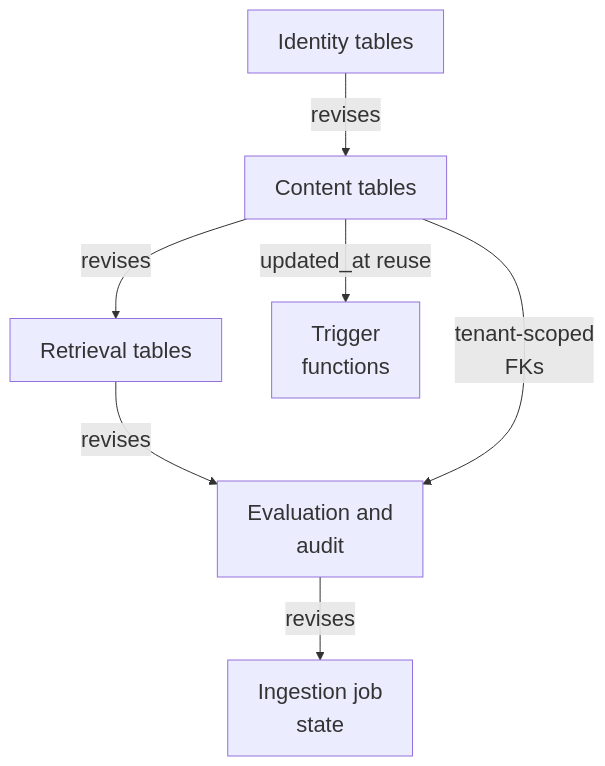
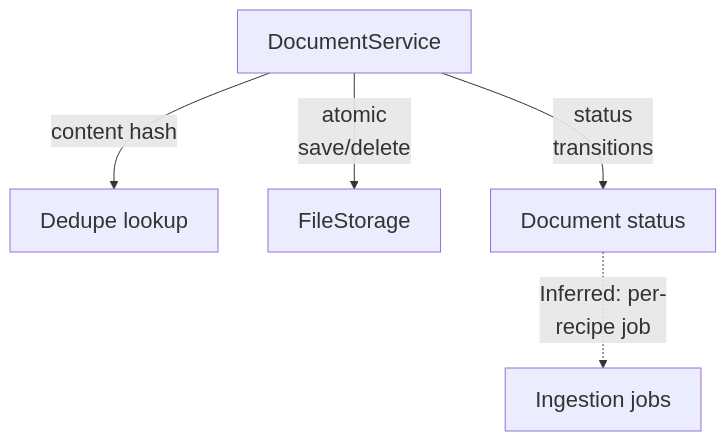
The diagram in maps/foundation/diagram-04.mmd (Justin-Mendoza/Afterclass), drawn with Mermaid before and after one commit. The commit also changed 88 other files, not shown here.

```diff
--- a/maps/foundation/diagram-04.mmd
+++ b/maps/foundation/diagram-04.mmd
@@ -1,14 +1,11 @@
 %%{init: {"themeVariables": {"fontSize": "22px"}}}%%
 flowchart TD
-  n0["Identity tables"]
-  n1["Content tables"]
-  n2["Retrieval tables"]
-  n3["Evaluation and<br/>audit"]
-  n4["Ingestion job<br/>state"]
-  n5["Trigger<br/>functions"]
-  n0 -->|"revises"| n1
-  n1 -->|"revises"| n2
-  n2 -->|"revises"| n3
-  n3 -->|"revises"| n4
-  n1 -->|"updated_at reuse"| n5
-  n1 -->|"tenant-scoped<br/>FKs"| n3
+  n0["DocumentService"]
+  n1["Dedupe lookup"]
+  n2["FileStorage"]
+  n3["Document status"]
+  n4["Ingestion jobs"]
+  n0 -->|"content hash"| n1
+  n0 -->|"atomic<br/>save/delete"| n2
+  n0 -->|"status<br/>transitions"| n3
+  n3 -.->|"Inferred: per-<br/>recipe job"| n4
```
